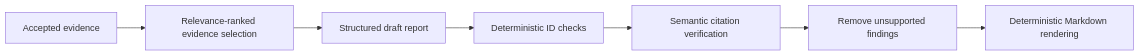
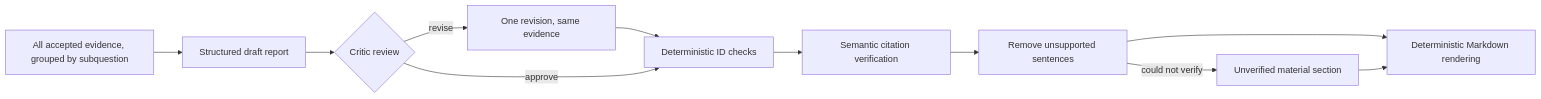
The ninth of 11 diagrams in readme.md (Ishwaridutt/deep-research-agent), drawn with Mermaid before and after one commit. The commit also changed other lines of this file, not shown here.

Commit message:
updated readme with critic agent details

````diff
--- a/readme.md
+++ b/readme.md
@@ -482,12 +510,18 @@
 ```mermaid
 flowchart LR
-    Evidence[Accepted evidence]
-    Select[Relevance-ranked evidence selection]
+    Evidence[All accepted evidence, grouped by subquestion]
     Draft[Structured draft report]
+    Critic{Critic review}
+    Revise[One revision, same evidence]
     References[Deterministic ID checks]
     Semantic[Semantic citation verification]
-    Filter[Remove unsupported findings]
+    Filter[Remove unsupported sentences]
+    Unverified[Unverified material section]
     Render[Deterministic Markdown rendering]
 
-    Evidence --> Select --> Draft --> References --> Semantic --> Filter --> Render
+    Evidence --> Draft --> Critic
+    Critic -->|revise| Revise --> References
+    Critic -->|approve| References
+    References --> Semantic --> Filter --> Render
+    Filter -->|could not verify| Unverified --> Render
 ```
````
